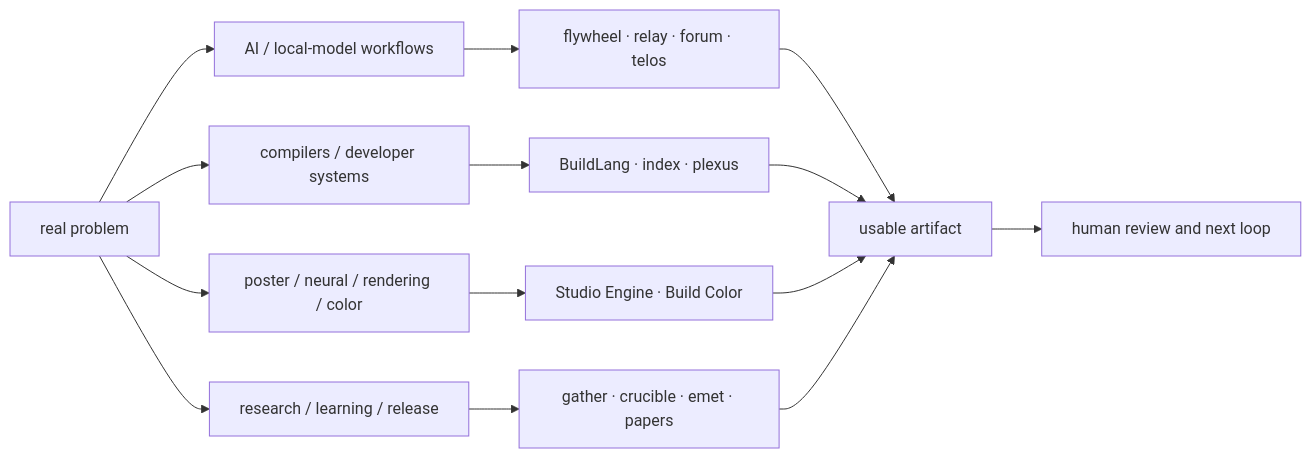
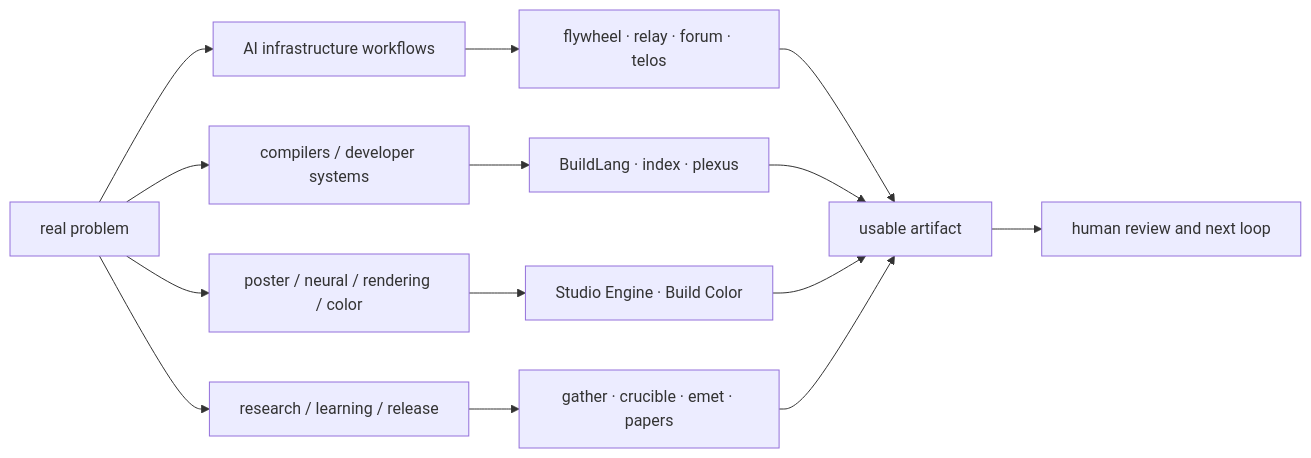
The diagram in README.md (HarperZ9/HarperZ9), drawn with Mermaid before and after one commit. The commit also changed other lines of this file, not shown here.

````diff
--- a/README.md
+++ b/README.md
@@ -86,16 +86,16 @@
 ```mermaid
 flowchart LR
-    problem["real problem"] --> models["AI / local-model workflows"]
+    problem["real problem"] --> models["AI infrastructure workflows"]
     problem --> systems["compilers / developer systems"]
     problem --> visuals["poster / neural / rendering / color"]
     problem --> research["research / learning / release"]
     models --> tools["flywheel · relay · forum · telos"]
     systems --> compiler["BuildLang · index · plexus"]
     visuals --> art["Studio Engine · Build Color"]
     research --> evidence["gather · crucible · emet · papers"]
     tools --> artifact["usable artifact"]
     compiler --> artifact
     art --> artifact
     evidence --> artifact
     artifact --> human["human review and next loop"]
 ```
````
